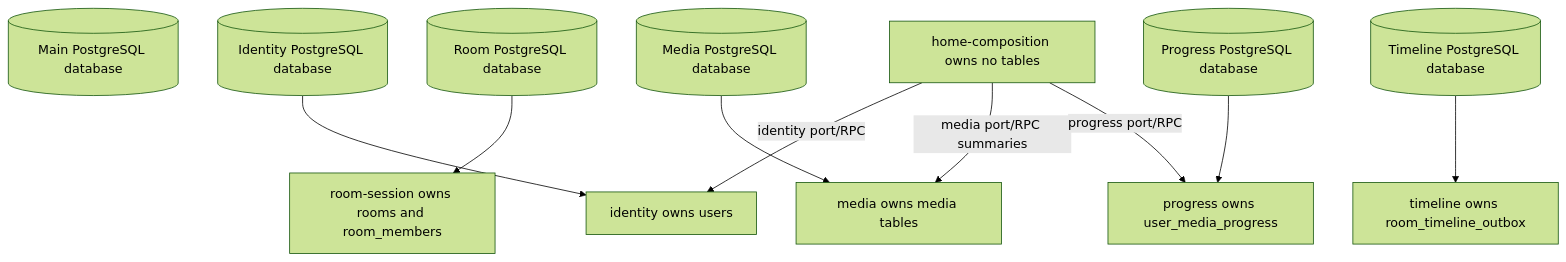
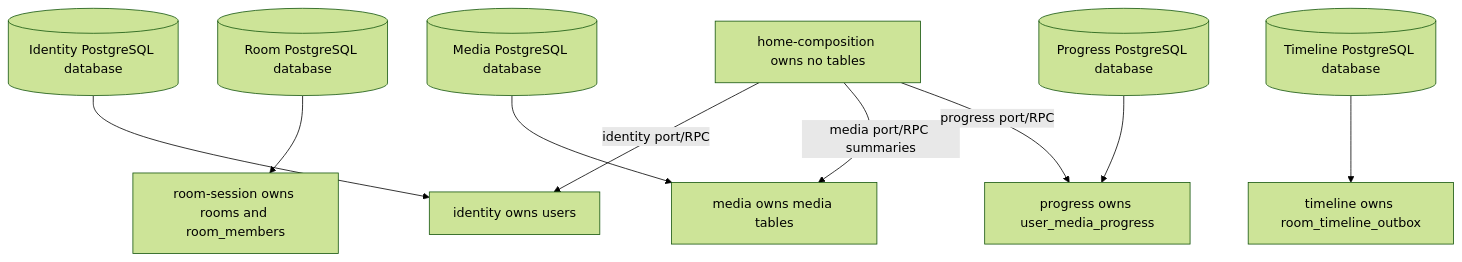
One commit to sunboyZgz/watch_together changed the second of 9 diagrams in docs/distributed-architecture.md. Above: the diagram before and after it, drawn with Mermaid (forest theme). The commit also changed other lines of this file and 61 other files, not shown here.

````diff
--- a/docs/distributed-architecture.md
+++ b/docs/distributed-architecture.md
@@ -122,24 +121,23 @@
 ```mermaid
 flowchart TD
-  MainPG[(Main PostgreSQL database)]
   IdentityPG[(Identity PostgreSQL database)]
   RoomPG[(Room PostgreSQL database)]
   MediaPG[(Media PostgreSQL database)]
   ProgressPG[(Progress PostgreSQL database)]
   TimelinePG[(Timeline PostgreSQL database)]
   Identity[identity owns users]
   Media[media owns media tables]
   RoomSession[room-session owns rooms and room_members]
   Progress[progress owns user_media_progress]
   Timeline[timeline owns room_timeline_outbox]
   Home[home-composition owns no tables]
 
   IdentityPG --> Identity
   MediaPG --> Media
   RoomPG --> RoomSession
   ProgressPG --> Progress
   TimelinePG --> Timeline
   Home -->|identity port/RPC| Identity
   Home -->|media port/RPC summaries| Media
   Home -->|progress port/RPC| Progress
 ```
````
